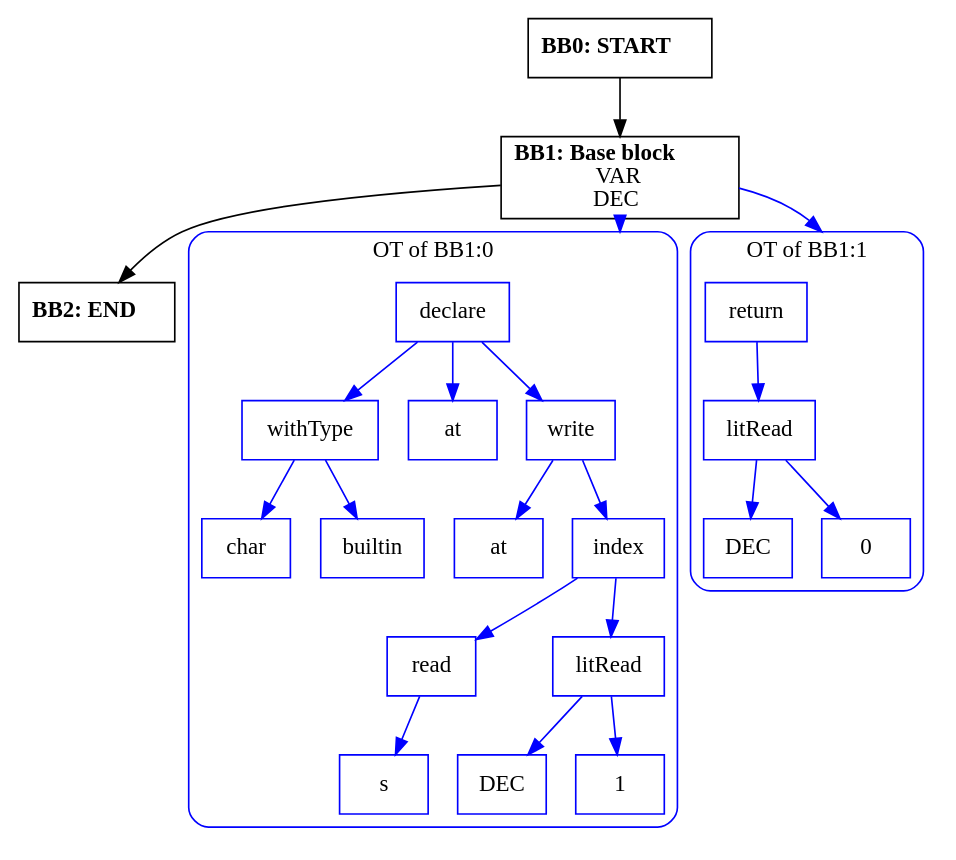
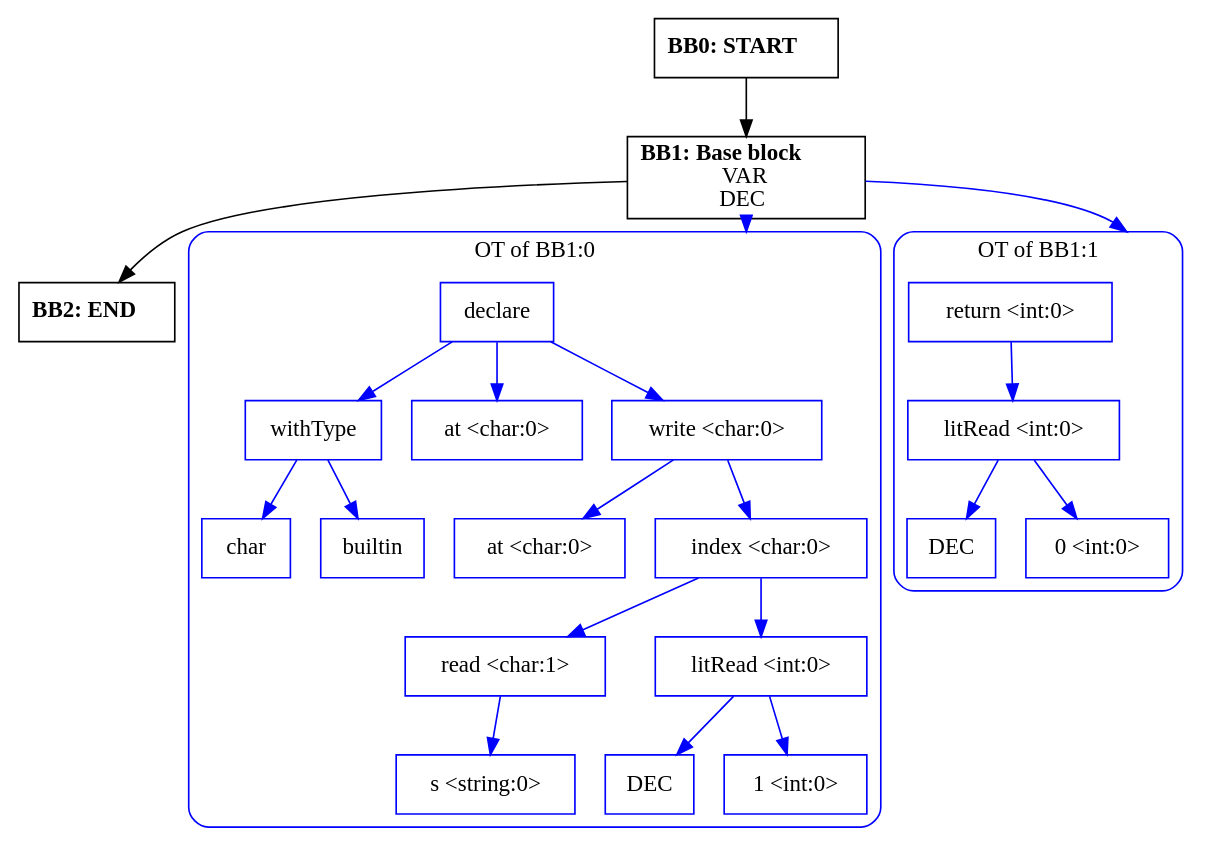
One commit to zavar152-cv/myLang-oop-compiler changed the diagram in outputs/cfg/typeTyping.test2.dot. Above: the diagram before and after it, drawn with Graphviz. The commit also changed 5 other files, not shown here.

```diff
--- a/outputs/cfg/typeTyping.test2.dot
+++ b/outputs/cfg/typeTyping.test2.dot
@@ -1,58 +1,58 @@
 digraph CFG {
     compound=true;
     graph [splines=true];
     node [shape=rectangle];
 
     BB2 [label=<<B>BB2: END</B><BR ALIGN="CENTER"/>>];
     BB1 [label=<<B>BB1: Base block</B><BR ALIGN="CENTER"/>VAR<BR ALIGN="CENTER"/>DEC<BR ALIGN="CENTER"/>>];
     subgraph cluster_instruction0 {
         label = "OT of BB1:0";
         style=rounded;
         color=blue;
         entry0 [shape=point, style=invis];
         node0 [label="declare", color=blue];
         node1 [label="withType", color=blue];
         node2 [label="char", color=blue];
         node1 -> node2[color=blue];
         node3 [label="builtin", color=blue];
         node1 -> node3[color=blue];
         node0 -> node1[color=blue];
-        node4 [label="at", color=blue];
+        node4 [label="at <char:0>", color=blue];
         node0 -> node4[color=blue];
-        node5 [label="write", color=blue];
-        node6 [label="at", color=blue];
+        node5 [label="write <char:0>", color=blue];
+        node6 [label="at <char:0>", color=blue];
         node5 -> node6[color=blue];
-        node7 [label="index", color=blue];
-        node8 [label="read", color=blue];
-        node9 [label="s", color=blue];
+        node7 [label="index <char:0>", color=blue];
+        node8 [label="read <char:1>", color=blue];
+        node9 [label="s <string:0>", color=blue];
         node8 -> node9[color=blue];
         node7 -> node8[color=blue];
-        node10 [label="litRead", color=blue];
+        node10 [label="litRead <int:0>", color=blue];
         node11 [label="DEC", color=blue];
         node10 -> node11[color=blue];
-        node12 [label="1", color=blue];
+        node12 [label="1 <int:0>", color=blue];
         node10 -> node12[color=blue];
         node7 -> node10[color=blue];
         node5 -> node7[color=blue];
         node0 -> node5[color=blue];
     }
     BB1 -> entry0 [lhead=cluster_instruction0, color=blue];
     subgraph cluster_instruction1 {
         label = "OT of BB1:1";
         style=rounded;
         color=blue;
         entry1 [shape=point, style=invis];
-        node13 [label="return", color=blue];
-        node14 [label="litRead", color=blue];
+        node13 [label="return <int:0>", color=blue];
+        node14 [label="litRead <int:0>", color=blue];
         node15 [label="DEC", color=blue];
         node14 -> node15[color=blue];
-        node16 [label="0", color=blue];
+        node16 [label="0 <int:0>", color=blue];
         node14 -> node16[color=blue];
         node13 -> node14[color=blue];
     }
     BB1 -> entry1 [lhead=cluster_instruction1, color=blue];
     BB0 [label=<<B>BB0: START</B><BR ALIGN="CENTER"/>>];
 
     BB1 -> BB2;
     BB0 -> BB1;
 }
```
